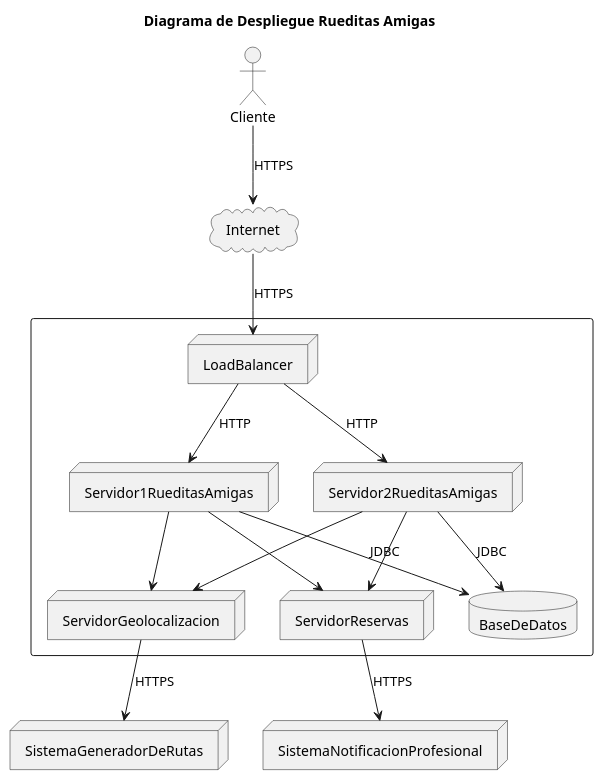
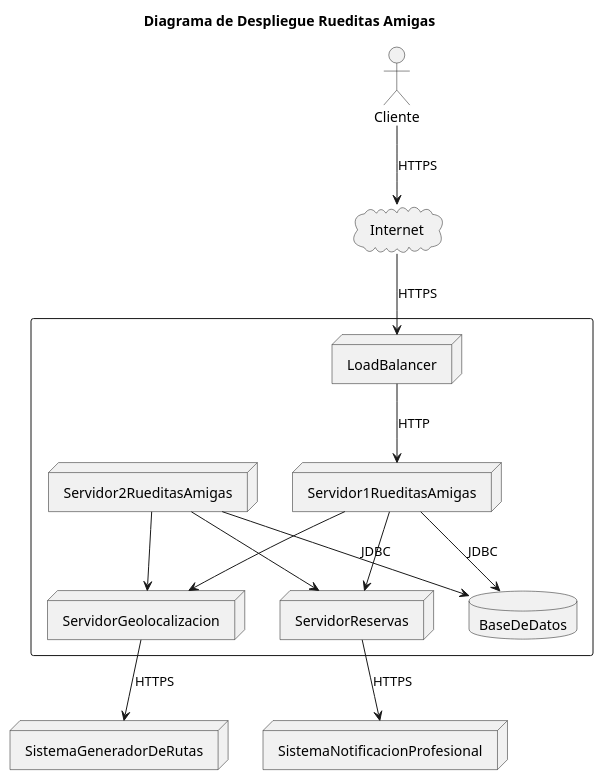
The diagram in diagrams/DiagramaDeDespliegue.puml (lrizzitano/RueditasAmigasDespliegue), drawn with PlantUML before and after one commit.

```diff
--- a/diagrams/DiagramaDeDespliegue.puml
+++ b/diagrams/DiagramaDeDespliegue.puml
@@ -1,35 +1,35 @@
 @startuml
 'https://plantuml.com/deployment-diagram
 
 title Diagrama de Despliegue Rueditas Amigas
 
 node "SistemaGeneradorDeRutas"
 actor "Cliente"
 cloud "Internet"
 node "SistemaNotificacionProfesional"
 
 
 rectangle  {
 node "LoadBalancer"
 node "Servidor1RueditasAmigas"
 node "Servidor2RueditasAmigas"
 node "ServidorGeolocalizacion"
 node "ServidorReservas"
 database "BaseDeDatos"
 }
 
 "LoadBalancer" --> "Servidor1RueditasAmigas" : HTTP
-"LoadBalancer" --> "Servidor2RueditasAmigas" : HTTP
+
 "Servidor1RueditasAmigas" --> "BaseDeDatos" : JDBC
 "Servidor2RueditasAmigas" --> "BaseDeDatos" : JDBC
 "Servidor1RueditasAmigas" --> "ServidorGeolocalizacion"
 "Servidor2RueditasAmigas" --> "ServidorGeolocalizacion"
 "Servidor1RueditasAmigas" --> "ServidorReservas"
 "Servidor2RueditasAmigas" --> "ServidorReservas"
 "Cliente" --> "Internet" : HTTPS
 "Internet" --> "LoadBalancer" : HTTPS
 "ServidorGeolocalizacion" --> "SistemaGeneradorDeRutas": HTTPS
 "ServidorReservas" --> "SistemaNotificacionProfesional"  : HTTPS
 
 
 @enduml
```
